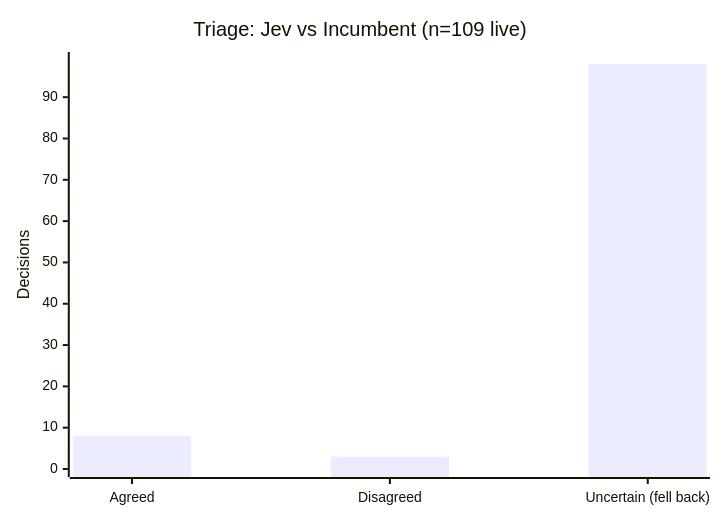
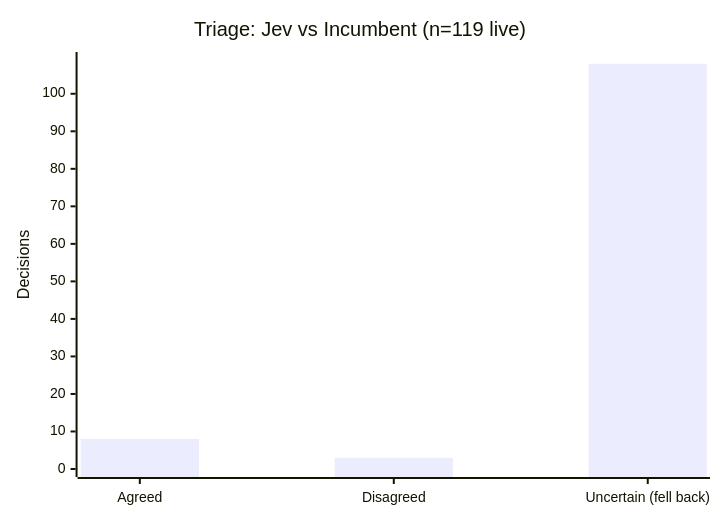
The first of 6 diagrams in JEV.md (Sanctum-Origo-Systems/autoloop), drawn with Mermaid before and after one commit. The commit also changed other lines of this file, not shown here.

Commit message:
chore: update jev report (2026-11-10) (#504)

````diff
--- a/JEV.md
+++ b/JEV.md
@@ -7,7 +9,7 @@
 ```mermaid
 xychart-beta
-    title "Triage: Jev vs Incumbent (n=109 live)"
+    title "Triage: Jev vs Incumbent (n=119 live)"
     x-axis ["Agreed", "Disagreed", "Uncertain (fell back)"]
-    y-axis "Decisions" 0 --> 99
-    bar [8, 3, 98]
+    y-axis "Decisions" 0 --> 109
+    bar [8, 3, 108]
 ```
````
